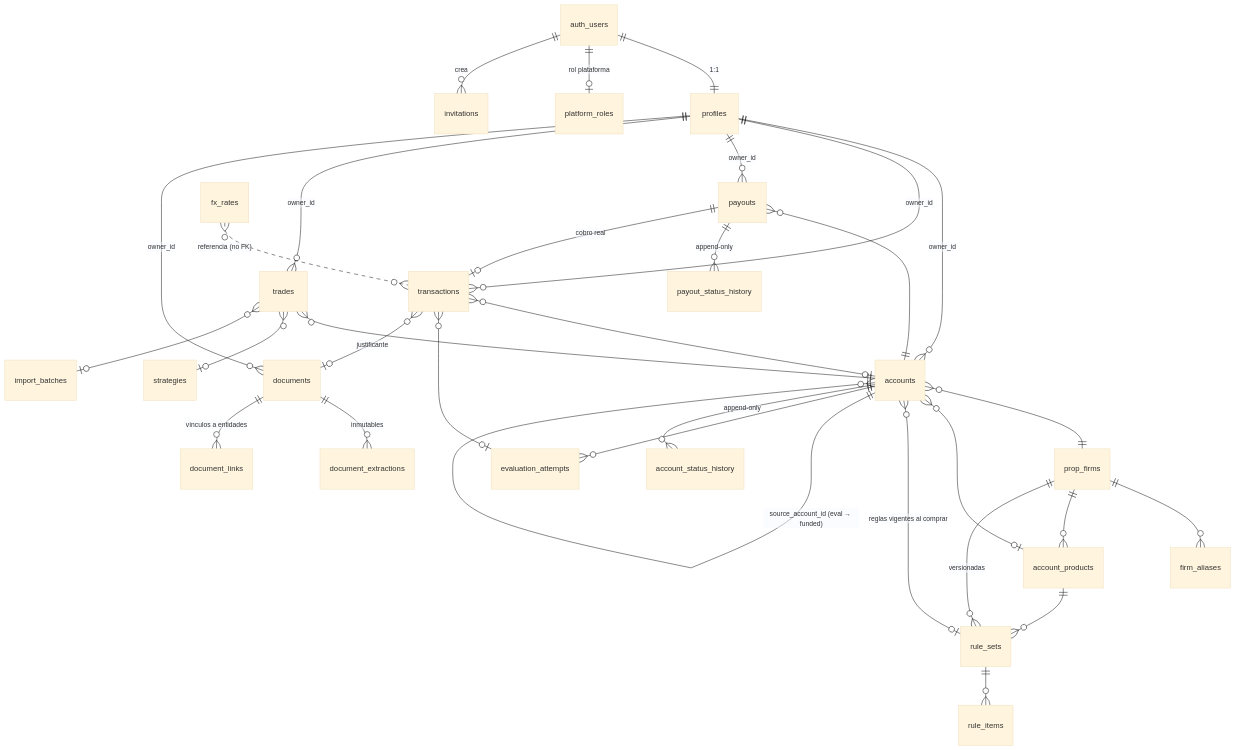
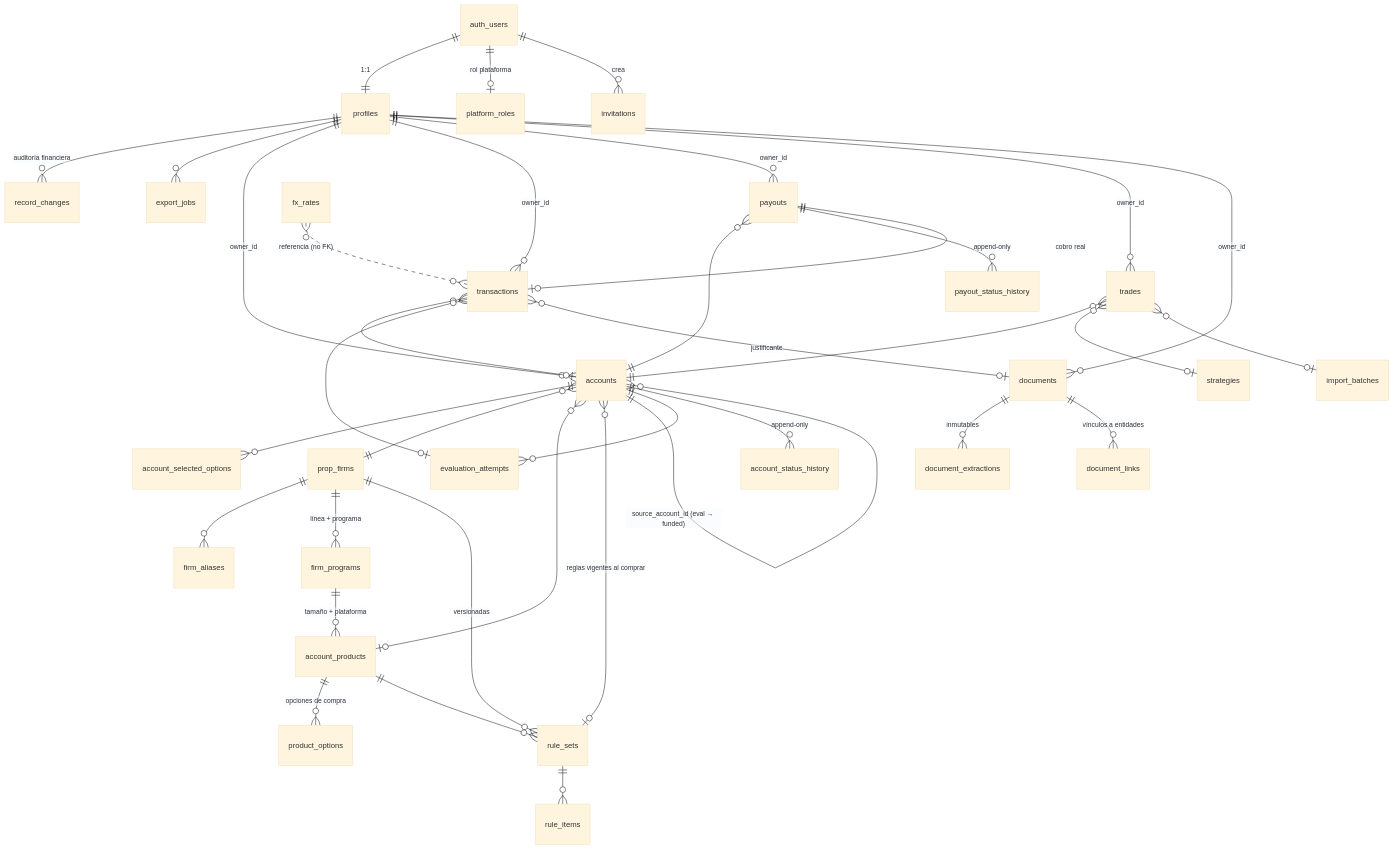
One commit to jraimundogonzalez-cmd/jonatan changed the first of 2 diagrams in proppilot/docs/02-modelo-datos.md. Above: the diagram before and after it, drawn with Mermaid (base theme). The commit also changed other lines of this file and 10 other files, not shown here.

First line of the commit message:
PropPilot docs rev 2: decisions log, financial audit, exports, dedupe, privacy attack suite, firm rules research, costs

````diff
--- a/proppilot/docs/02-modelo-datos.md
+++ b/proppilot/docs/02-modelo-datos.md
@@ -23,41 +23,46 @@
 ```mermaid
 erDiagram
   auth_users ||--|| profiles : "1:1"
   auth_users ||--o| platform_roles : "rol plataforma"
   auth_users ||--o{ invitations : "crea"
 
   prop_firms ||--o{ firm_aliases : ""
-  prop_firms ||--o{ account_products : ""
+  prop_firms ||--o{ firm_programs : "línea + programa"
+  firm_programs ||--o{ account_products : "tamaño + plataforma"
+  account_products ||--o{ product_options : "opciones de compra"
+  accounts ||--o{ account_selected_options : ""
+  profiles ||--o{ record_changes : "auditoría financiera"
+  profiles ||--o{ export_jobs : ""
   prop_firms ||--o{ rule_sets : "versionadas"
   rule_sets ||--o{ rule_items : ""
   account_products ||--o{ rule_sets : ""
 
   profiles ||--o{ accounts : "owner_id"
   accounts }o--|| prop_firms : ""
   accounts }o--o| account_products : ""
   accounts }o--o| rule_sets : "reglas vigentes al comprar"
   accounts ||--o{ accounts : "source_account_id (eval → funded)"
   accounts ||--o{ evaluation_attempts : ""
   accounts ||--o{ account_status_history : "append-only"
 
   profiles ||--o{ transactions : "owner_id"
   transactions }o--o| accounts : ""
   transactions }o--o| evaluation_attempts : ""
   transactions }o--o| documents : "justificante"
 
   profiles ||--o{ payouts : "owner_id"
   payouts }o--|| accounts : ""
   payouts ||--o{ payout_status_history : "append-only"
   payouts ||--o| transactions : "cobro real"
 
   profiles ||--o{ trades : "owner_id"
   trades }o--|| accounts : ""
   trades }o--o| strategies : ""
   trades }o--o| import_batches : ""
 
   profiles ||--o{ documents : "owner_id"
   documents ||--o{ document_extractions : "inmutables"
   documents ||--o{ document_links : "vínculos a entidades"
 
   fx_rates }o..o{ transactions : "referencia (no FK)"
 ```
````
